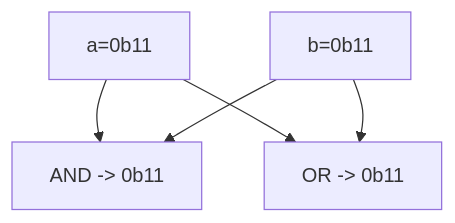
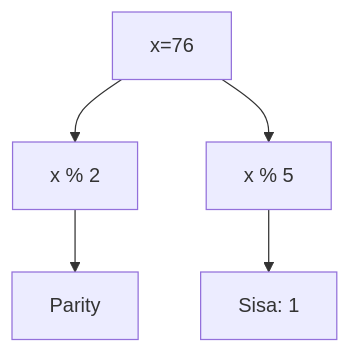
One commit to amnahwaida/OSNK_INF_PREP changed diagram 14 of 25 in part-c-pemahaman-cpp/06-bitwise/latihan/set-03.md. Above: the diagram before and after it, drawn with Mermaid. The commit also changed other lines of this file and 71 other files, not shown here.

````diff
--- a/part-c-pemahaman-cpp/06-bitwise/latihan/set-03.md
+++ b/part-c-pemahaman-cpp/06-bitwise/latihan/set-03.md
@@ -446,7 +414,7 @@
 ```mermaid
 graph TD
-    A["a=0b11"] --> C["AND -> 0b11"]
-    B["b=0b11"] --> C
-    A --> D["OR  -> 0b11"]
-    B --> D
+A[x=76] --> B[x % 2]
+B --> C[Parity]
+A --> D[x % 5]
+D --> E[Sisa: 1]
 ```
````
